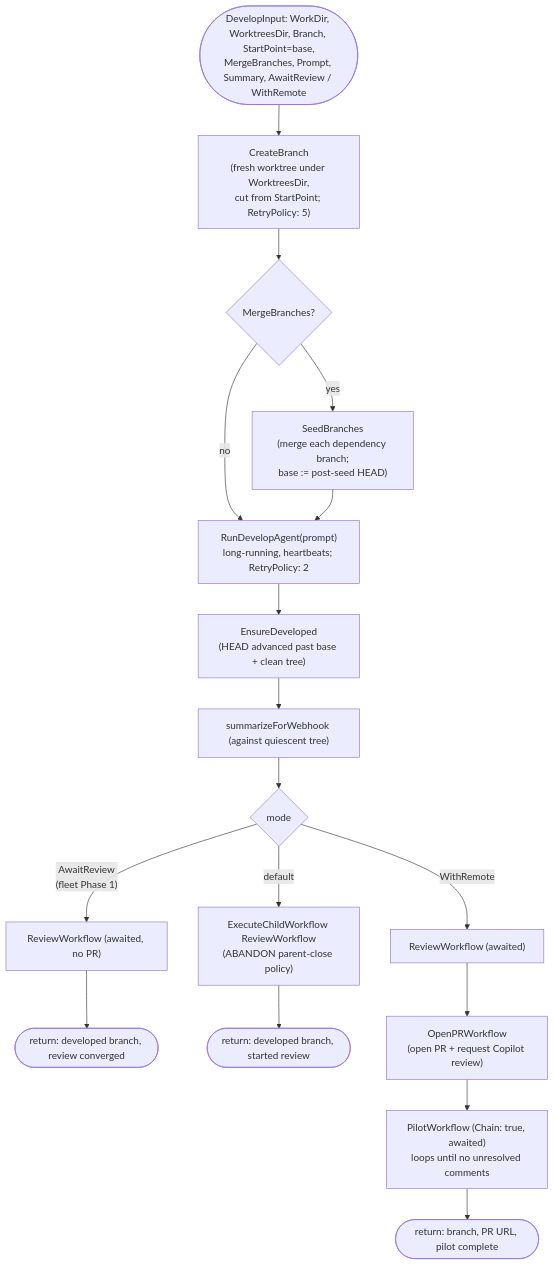
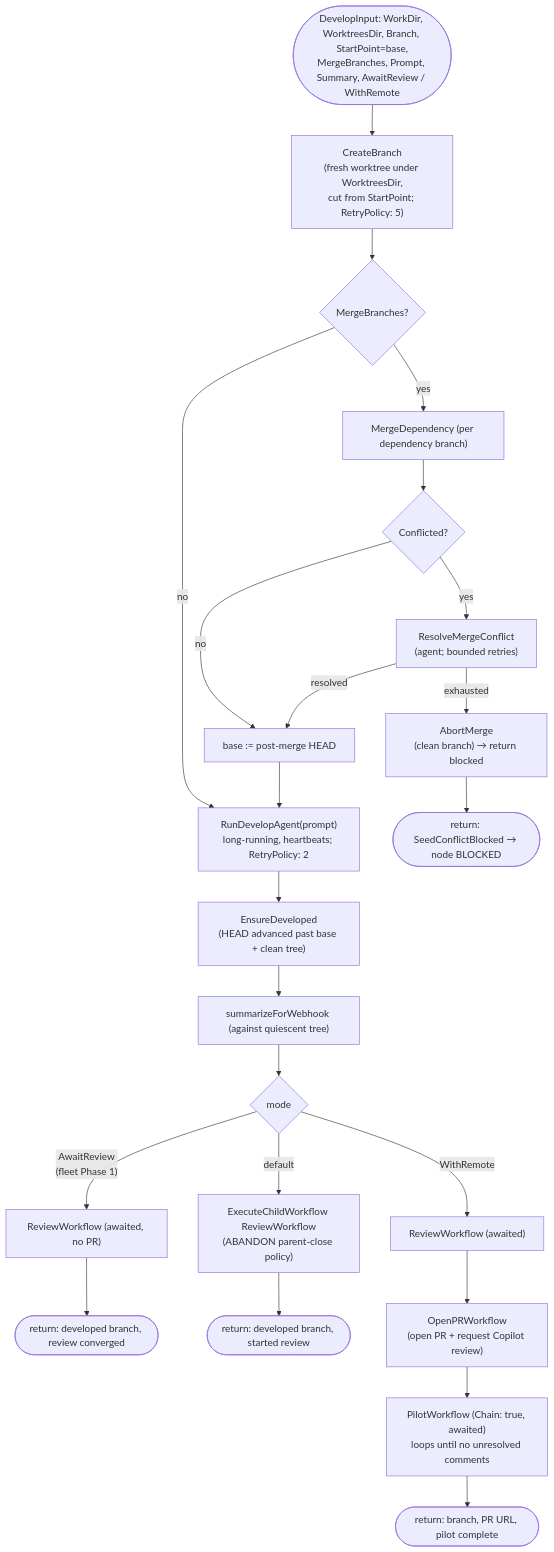
One commit to jcmonteiro/temporal-agents changed the third of 3 diagrams in internal/fleet/README.md. Above: the diagram before and after it, drawn with Mermaid. The commit also changed other lines of this file, not shown here.

Commit message:
docs(fleet): document seed-conflict handling in child pipeline diagram

````diff
--- a/internal/fleet/README.md
+++ b/internal/fleet/README.md
@@ -143,22 +143,28 @@
 ```mermaid
 flowchart TD
     start([DevelopInput: WorkDir, WorktreesDir, Branch, StartPoint=base,<br/>MergeBranches, Prompt, Summary, AwaitReview / WithRemote]) --> branch["CreateBranch<br/>(fresh worktree under WorktreesDir,<br/>cut from StartPoint; RetryPolicy: 5)"]
     branch --> seed{"MergeBranches?"}
-    seed -->|yes| seedAct["SeedBranches<br/>(merge each dependency branch;<br/>base := post-seed HEAD)"]
     seed -->|no| devAgent
-    seedAct --> devAgent["RunDevelopAgent(prompt)<br/>long-running, heartbeats; RetryPolicy: 2"]
+    seed -->|yes| merge["MergeDependency (per dependency branch)"]
+    merge --> conflict{"Conflicted?"}
+    conflict -->|no| seeded["base := post-merge HEAD"]
+    conflict -->|yes| resolve["ResolveMergeConflict<br/>(agent; bounded retries)"]
+    resolve -->|resolved| seeded
+    resolve -->|exhausted| abort["AbortMerge<br/>(clean branch) → return blocked"]
+    abort --> blocked([return: SeedConflictBlocked → node BLOCKED])
+    seeded --> devAgent["RunDevelopAgent(prompt)<br/>long-running, heartbeats; RetryPolicy: 2"]
     devAgent --> ensure["EnsureDeveloped<br/>(HEAD advanced past base + clean tree)"]
     ensure --> devSummary["summarizeForWebhook (against quiescent tree)"]
     devSummary --> mode{"mode"}
 
     mode -->|"AwaitReview<br/>(fleet Phase 1)"| reviewAwait["ReviewWorkflow (awaited, no PR)"]
     reviewAwait --> retPhase1([return: developed branch, review converged])
 
     mode -->|default| reviewAbandon["ExecuteChildWorkflow ReviewWorkflow<br/>(ABANDON parent-close policy)"]
     reviewAbandon --> retLocal([return: developed branch, started review])
 
     mode -->|WithRemote| review["ReviewWorkflow (awaited)"]
     review --> openpr["OpenPRWorkflow<br/>(open PR + request Copilot review)"]
     openpr --> pilot["PilotWorkflow (Chain: true, awaited)<br/>loops until no unresolved comments"]
     pilot --> retRemote([return: branch, PR URL, pilot complete])
 ```
````
